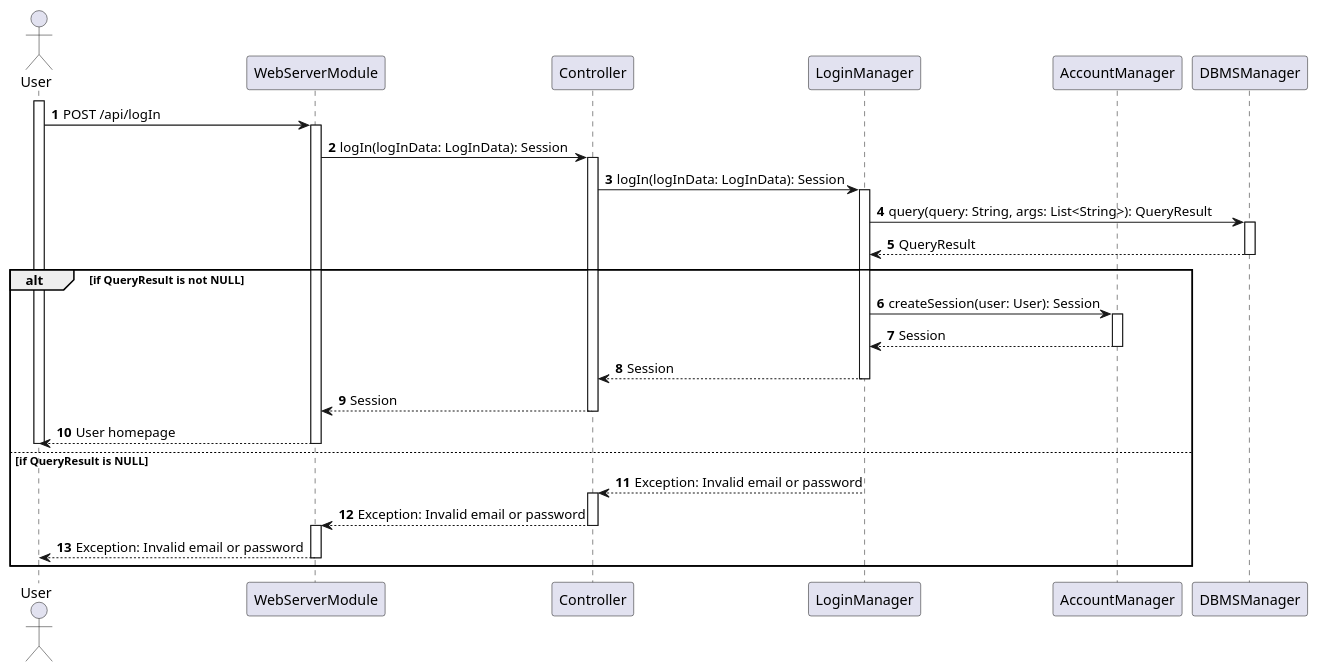
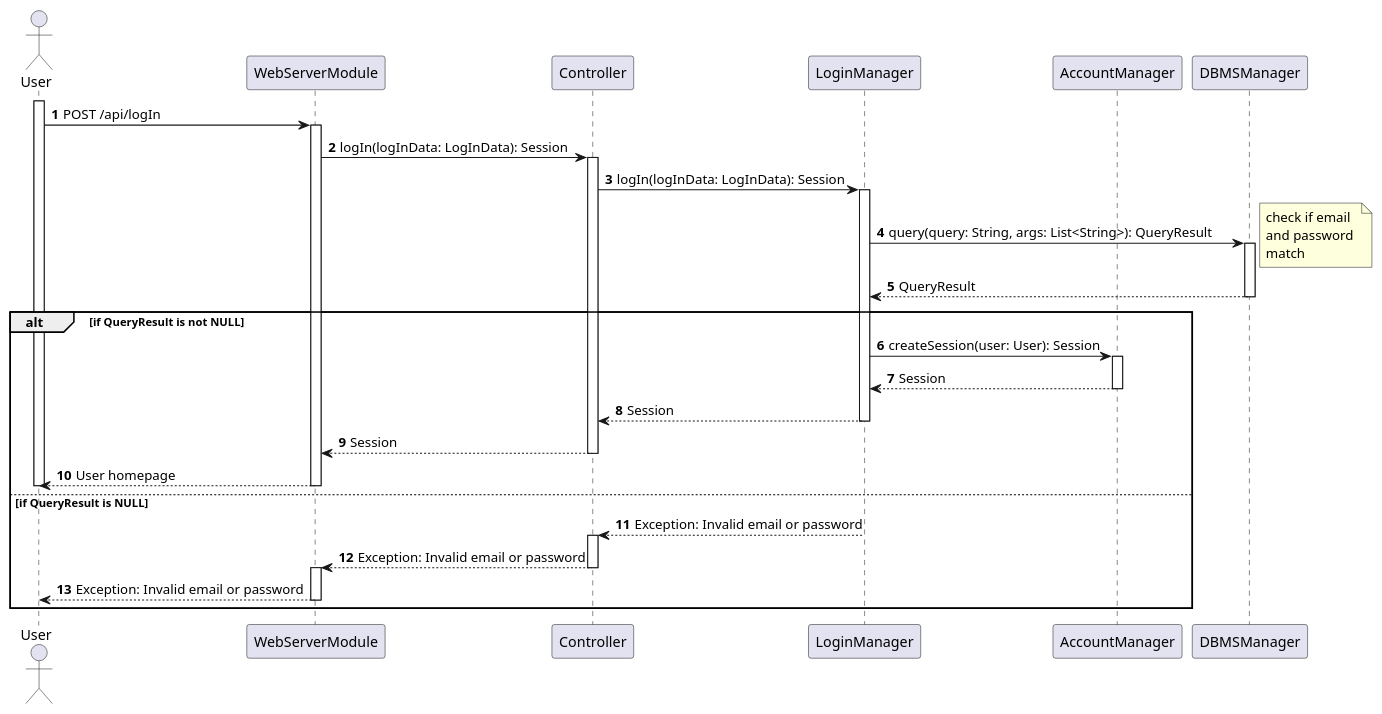
The diagram in _DD/Images/sequenceDiagrams/logIn.wsd (Angelo7672/SE2_Requirement-and-Design-Document), drawn with PlantUML before and after one commit. The commit also changed 5 other files, not shown here.

Commit message:
first 6 sequence diagram update

```diff
--- a/_DD/Images/sequenceDiagrams/logIn.wsd
+++ b/_DD/Images/sequenceDiagrams/logIn.wsd
@@ -1,45 +1,50 @@
 @startuml
 
 autonumber
 
 actor User as U
 participant WebServerModule as WS
 participant Controller as C
 participant LoginManager as LM
 participant AccountManager as AM
 participant DBMSManager as DBMSM
 
 activate U
 U -> WS: POST /api/logIn
 activate WS
 WS -> C: logIn(logInData: LogInData): Session
 activate C
 C -> LM: logIn(logInData: LogInData): Session
 activate LM
 LM -> DBMSM: query(query: String, args: List<String>): QueryResult
+note right
+    check if email 
+    and password 
+    match
+end note
 activate DBMSM
 DBMSM --> LM: QueryResult
 deactivate DBMSM
 alt if QueryResult is not NULL
     LM -> AM: createSession(user: User): Session
     activate AM
     AM --> LM: Session
     deactivate AM
     LM --> C: Session
     deactivate LM
     C --> WS: Session
     deactivate C
     WS --> U: User homepage
     deactivate WS
     deactivate U
 else if QueryResult is NULL
     LM --> C: Exception: Invalid email or password
     activate C
     C --> WS: Exception: Invalid email or password
     deactivate C
     activate WS
     WS --> U: Exception: Invalid email or password
     deactivate WS
 end
 
 @enduml
```
